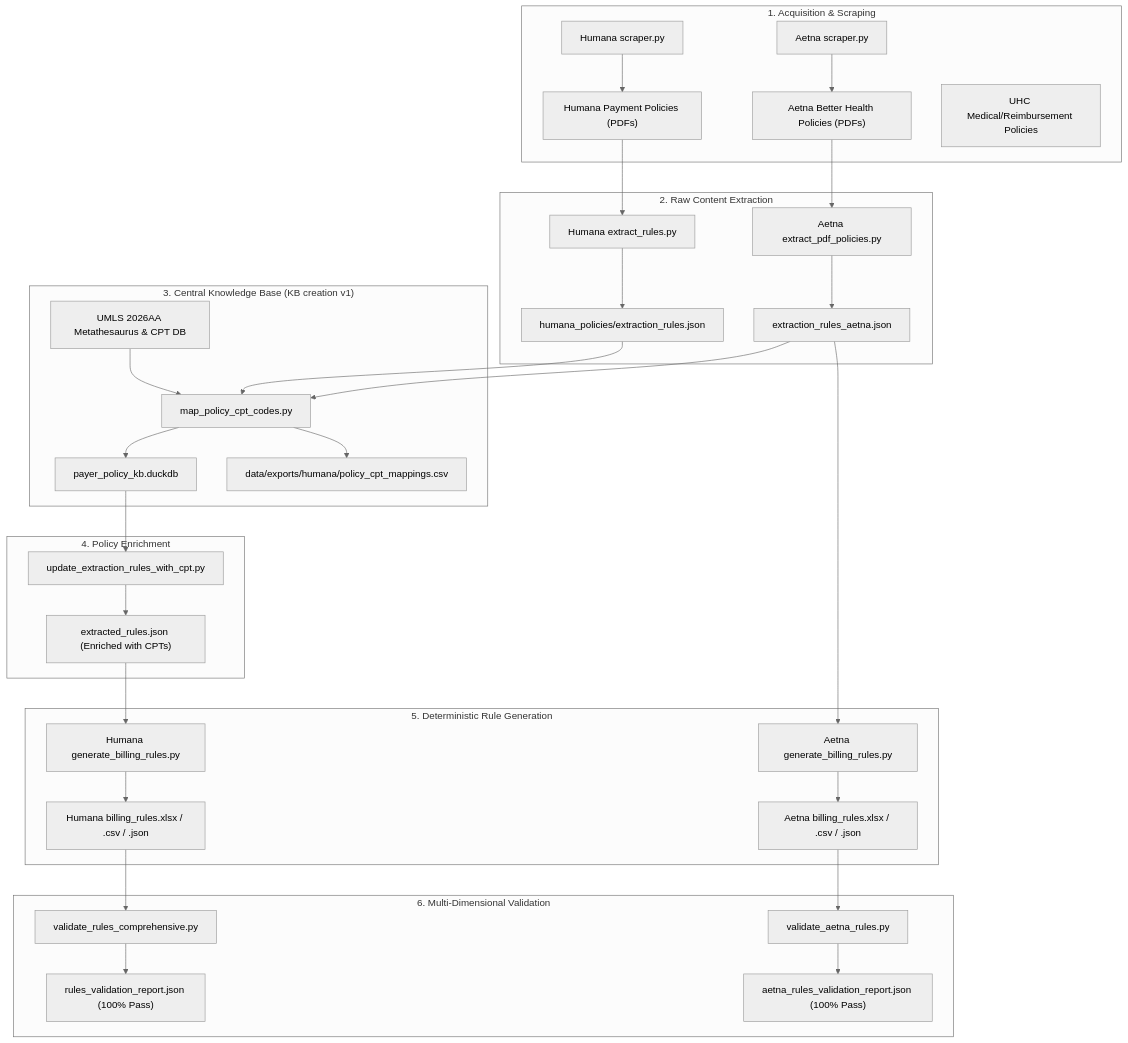
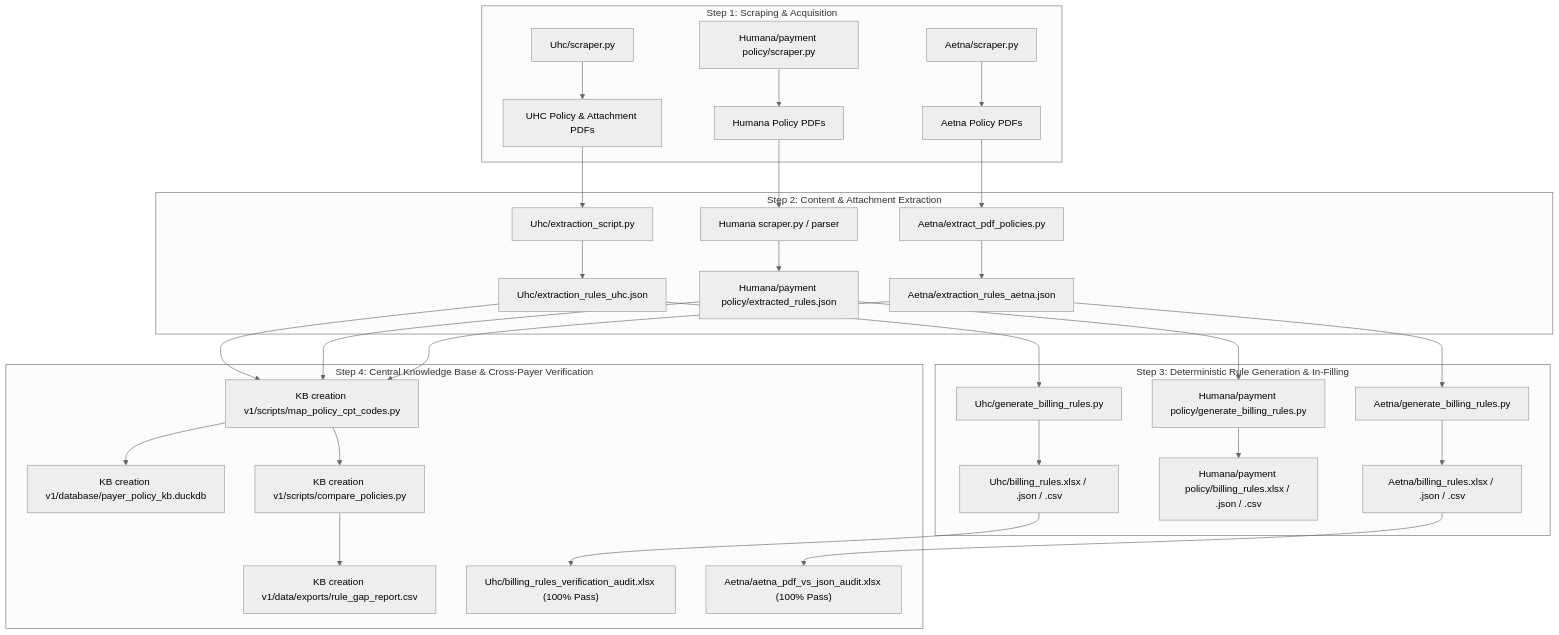
Before and after one commit to varrsha-murugesan/policy_KB_lfs: the diagram in README.md, drawn with Mermaid (neutral theme). The commit also changed other lines of this file and 423 other files, not shown here.

First line of the commit message:
feat(pipeline): rebuild verbatim rule engine, complete multi-payer documentation and audit verification

````diff
--- a/README.md
+++ b/README.md
@@ -9,45 +11,36 @@
 ```mermaid
 flowchart TD
-    subgraph S1["1. Acquisition & Scraping"]
-        P1["Humana Payment Policies (PDFs)"]
-        P2["Aetna Better Health Policies (PDFs)"]
-        P3["UHC Medical/Reimbursement Policies"]
-        SCRAP1["Humana scraper.py"] --> P1
-        SCRAP2["Aetna scraper.py"] --> P2
+    subgraph S1["Step 1: Scraping & Acquisition"]
+        UHC_SCRAP["Uhc/scraper.py"] --> UHC_PDFS["UHC Policy & Attachment PDFs"]
+        HUM_SCRAP["Humana/payment policy/scraper.py"] --> HUM_PDFS["Humana Policy PDFs"]
+        AET_SCRAP["Aetna/scraper.py"] --> AET_PDFS["Aetna Policy PDFs"]
     end
 
-    subgraph S2["2. Raw Content Extraction"]
-        P1 --> EXT1["Humana extract_rules.py"]
-        P2 --> EXT2["Aetna extract_pdf_policies.py"]
-        EXT1 --> RAW_JSON1["humana_policies/extraction_rules.json"]
-        EXT2 --> RAW_JSON2["extraction_rules_aetna.json"]
+    subgraph S2["Step 2: Content & Attachment Extraction"]
+        UHC_PDFS --> UHC_EXT["Uhc/extraction_script.py"]
+        HUM_PDFS --> HUM_EXT["Humana scraper.py / parser"]
+        AET_PDFS --> AET_EXT["Aetna/extract_pdf_policies.py"]
+        UHC_EXT --> UHC_JSON["Uhc/extraction_rules_uhc.json"]
+        HUM_EXT --> HUM_JSON["Humana/payment policy/extracted_rules.json"]
+        AET_EXT --> AET_JSON["Aetna/extraction_rules_aetna.json"]
     end
 
-    subgraph S3["3. Central Knowledge Base (KB creation v1)"]
-        UMLS["UMLS 2026AA Metathesaurus & CPT DB"]
-        MAPPER["map_policy_cpt_codes.py"]
-        RAW_JSON1 & RAW_JSON2 --> MAPPER
-        UMLS --> MAPPER
-        MAPPER --> DUCKDB["payer_policy_kb.duckdb"]
-        MAPPER --> CPT_CSV["data/exports/humana/policy_cpt_mappings.csv"]
+    subgraph S3["Step 3: Deterministic Rule Generation & In-Filling"]
+        UHC_JSON --> UHC_GEN["Uhc/generate_billing_rules.py"]
+        HUM_JSON --> HUM_GEN["Humana/payment policy/generate_billing_rules.py"]
+        AET_JSON --> AET_GEN["Aetna/generate_billing_rules.py"]
+        
+        UHC_GEN --> UHC_OUT["Uhc/billing_rules.xlsx / .json / .csv"]
+        HUM_GEN --> HUM_OUT["Humana/payment policy/billing_rules.xlsx / .json / .csv"]
+        AET_GEN --> AET_OUT["Aetna/billing_rules.xlsx / .json / .csv"]
     end
 
-    subgraph S4["4. Policy Enrichment"]
-        DUCKDB --> ENRICH["update_extraction_rules_with_cpt.py"]
-        ENRICH --> ENRICHED_JSON["extracted_rules.json (Enriched with CPTs)"]
-    end
-
-    subgraph S5["5. Deterministic Rule Generation"]
-        ENRICHED_JSON --> GEN_HUM["Humana generate_billing_rules.py"]
-        RAW_JSON2 --> GEN_AET["Aetna generate_billing_rules.py"]
-        GEN_HUM --> OUT_HUM["Humana billing_rules.xlsx / .csv / .json"]
-        GEN_AET --> OUT_AET["Aetna billing_rules.xlsx / .csv / .json"]
-    end
-
-    subgraph S6["6. Multi-Dimensional Validation"]
-        OUT_HUM --> VAL_HUM["validate_rules_comprehensive.py"]
-        OUT_AET --> VAL_AET["validate_aetna_rules.py"]
-        VAL_HUM --> REP_HUM["rules_validation_report.json (100% Pass)"]
-        VAL_AET --> REP_AET["aetna_rules_validation_report.json (100% Pass)"]
+    subgraph S4["Step 4: Central Knowledge Base & Cross-Payer Verification"]
+        UHC_JSON & HUM_JSON & AET_JSON --> KB["KB creation v1/scripts/map_policy_cpt_codes.py"]
+        KB --> DUCKDB["KB creation v1/database/payer_policy_kb.duckdb"]
+        KB --> COMP["KB creation v1/scripts/compare_policies.py"]
+        COMP --> GAPS["KB creation v1/data/exports/rule_gap_report.csv"]
+        UHC_OUT --> UHC_AUDIT["Uhc/billing_rules_verification_audit.xlsx (100% Pass)"]
+        AET_OUT --> AET_AUDIT["Aetna/aetna_pdf_vs_json_audit.xlsx (100% Pass)"]
     end
 ```
````
